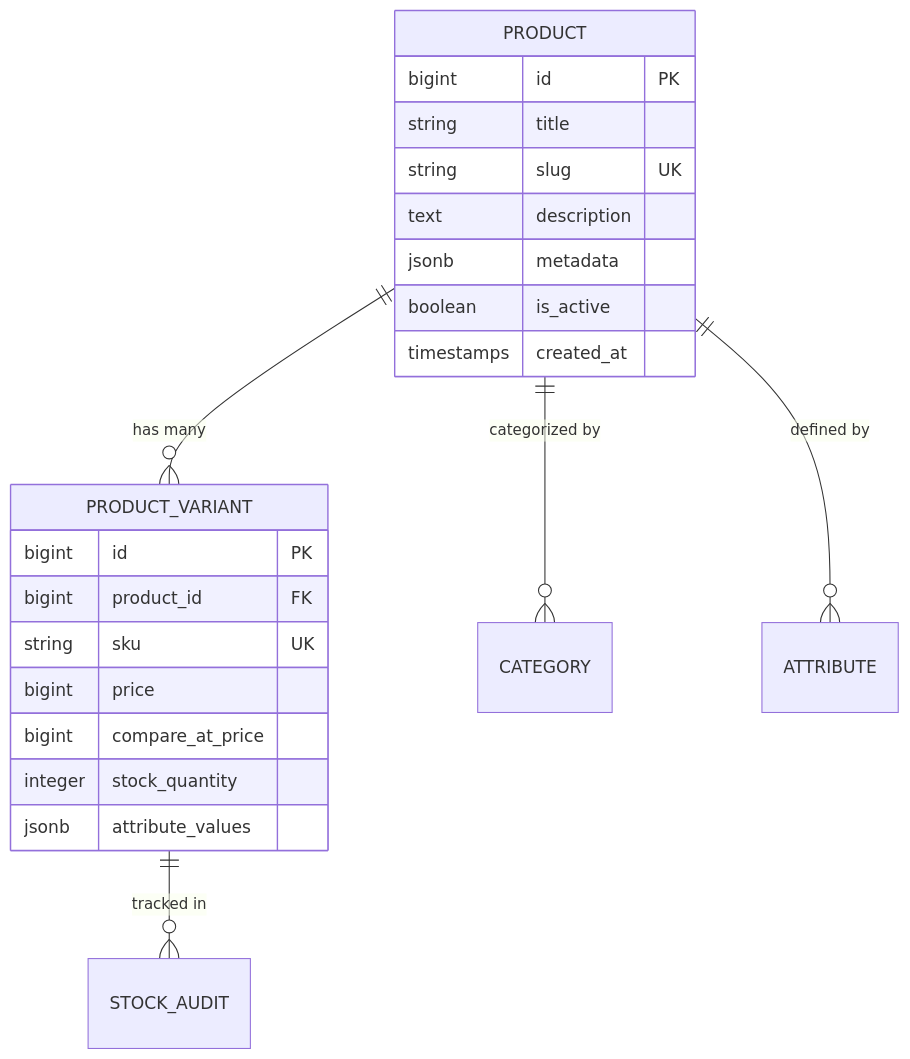
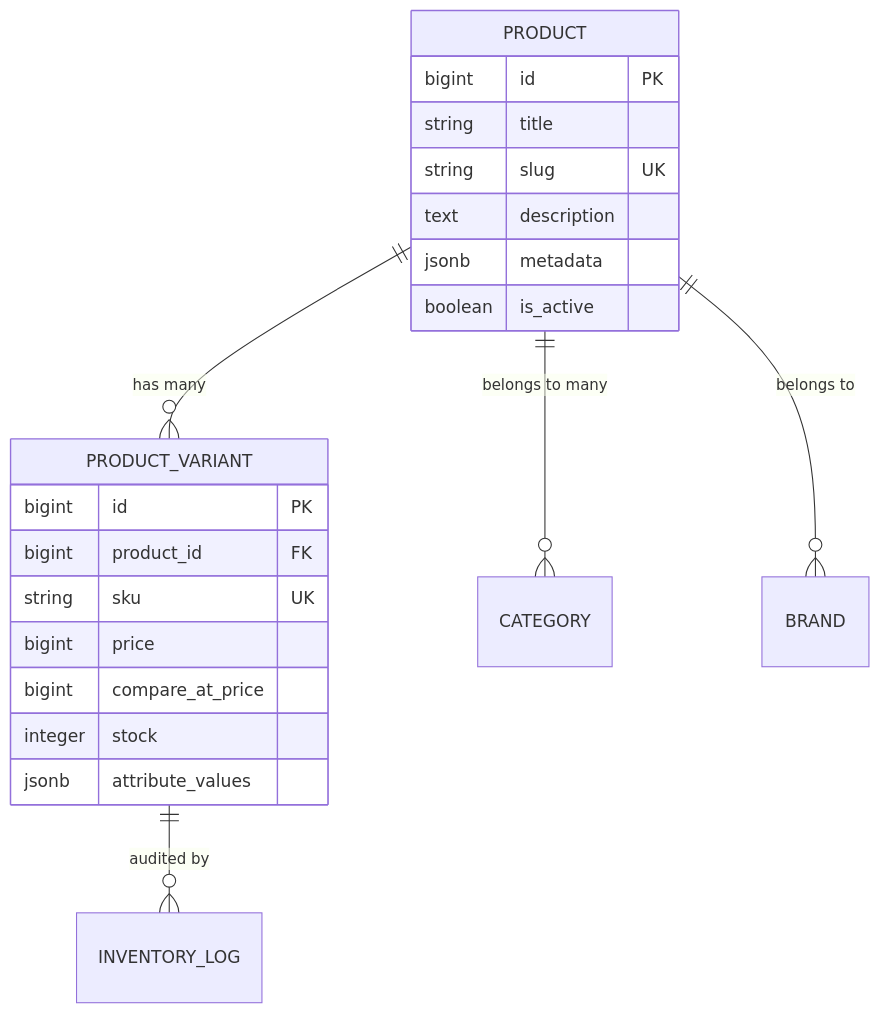
Before and after one commit to reyhan-commerce/docs: the diagram in v1/backend/catalog-and-products.md, drawn with Mermaid. The commit also changed other lines of this file and 29 other files, not shown here.

````diff
--- a/v1/backend/catalog-and-products.md
+++ b/v1/backend/catalog-and-products.md
@@ -9,27 +22,26 @@
 ```mermaid
 erDiagram
     PRODUCT ||--o{ PRODUCT_VARIANT : "has many"
-    PRODUCT ||--o{ CATEGORY : "categorized by"
-    PRODUCT ||--o{ ATTRIBUTE : "defined by"
-    PRODUCT_VARIANT ||--o{ STOCK_AUDIT : "tracked in"
+    PRODUCT ||--o{ CATEGORY : "belongs to many"
+    PRODUCT ||--o{ BRAND : "belongs to"
+    PRODUCT_VARIANT ||--o{ INVENTORY_LOG : "audited by"
 
     PRODUCT {
         bigint id PK
         string title
         string slug UK
         text description
         jsonb metadata
         boolean is_active
-        timestamps created_at
     }
 
     PRODUCT_VARIANT {
         bigint id PK
         bigint product_id FK
         string sku UK
         bigint price
         bigint compare_at_price
-        integer stock_quantity
+        integer stock
         jsonb attribute_values
     }
 ```
````
